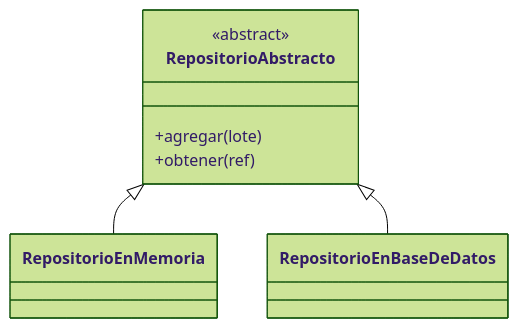
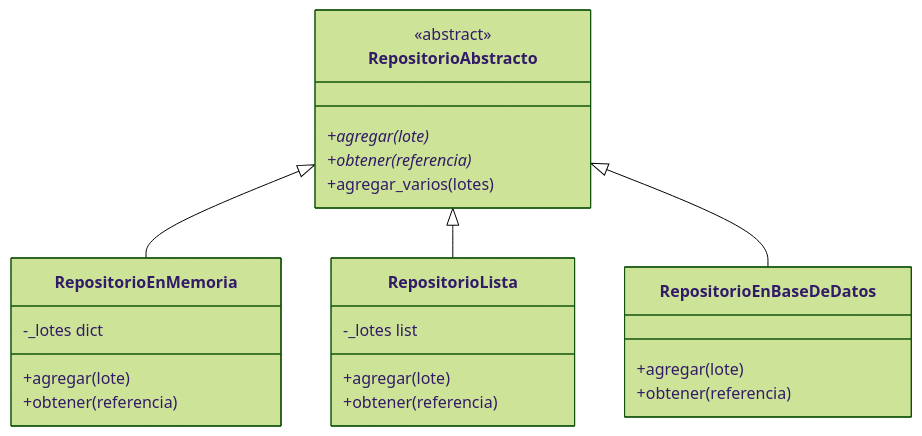
One commit to BenjaminGhiggo/aprendiendo-ddd-con-python-y-fastapi changed the first of 2 diagrams in lecciones/12-abstraccion/README.md. Above: the diagram before and after it, drawn with Mermaid (forest theme). The commit also changed other lines of this file and 21 other files, not shown here.

````diff
--- a/lecciones/12-abstraccion/README.md
+++ b/lecciones/12-abstraccion/README.md
@@ -31,10 +328,26 @@
 ```mermaid
 classDiagram
     class RepositorioAbstracto {
       <<abstract>>
-      +agregar(lote)
-      +obtener(ref)
+      +agregar(lote)*
+      +obtener(referencia)*
+      +agregar_varios(lotes)
     }
     RepositorioAbstracto <|-- RepositorioEnMemoria
+    RepositorioAbstracto <|-- RepositorioLista
     RepositorioAbstracto <|-- RepositorioEnBaseDeDatos
+    class RepositorioEnMemoria {
+      -_lotes dict
+      +agregar(lote)
+      +obtener(referencia)
+    }
+    class RepositorioLista {
+      -_lotes list
+      +agregar(lote)
+      +obtener(referencia)
+    }
+    class RepositorioEnBaseDeDatos {
+      +agregar(lote)
+      +obtener(referencia)
+    }
 ```
````
